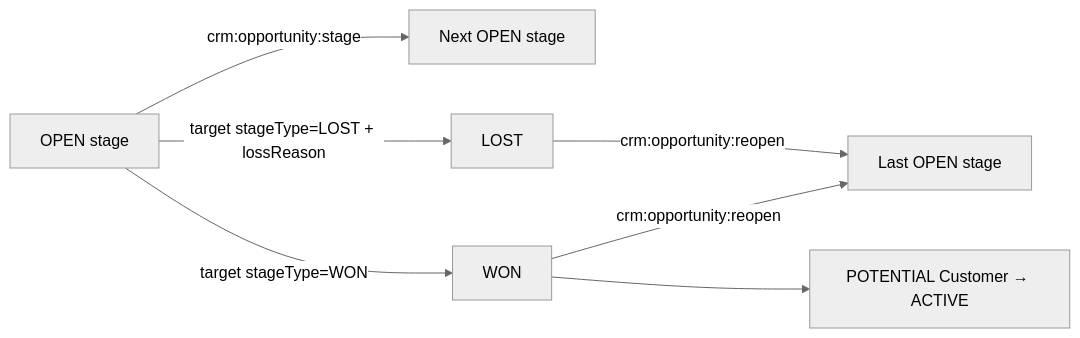
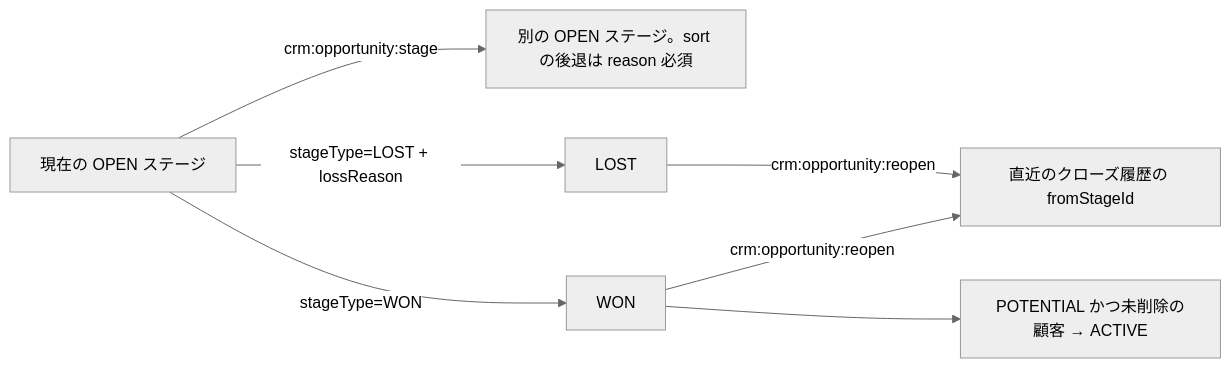
Diagram 15 of 21 in docs/core-flows.jp.md (wang-baohai/Omni-Stack), drawn with Mermaid (neutral theme) before and after one commit. The commit also changed other lines of this file and 1095 other files, not shown here.

````diff
--- a/docs/core-flows.jp.md
+++ b/docs/core-flows.jp.md
@@ -1576,9 +1301,9 @@
 ```mermaid
 flowchart LR
-    O["OPEN stage"] -->|"crm:opportunity:stage"| N["Next OPEN stage"]
-    O -->|"target stageType=WON"| W["WON"]
-    O -->|"target stageType=LOST + lossReason"| L["LOST"]
-    W -->|"crm:opportunity:reopen"| R["Last OPEN stage"]
+    O["現在の OPEN ステージ"] -->|"crm:opportunity:stage"| N["別の OPEN ステージ。sort の後退は reason 必須"]
+    O -->|"stageType=WON"| W["WON"]
+    O -->|"stageType=LOST + lossReason"| L["LOST"]
+    W -->|"crm:opportunity:reopen"| R["直近のクローズ履歴の fromStageId"]
     L -->|"crm:opportunity:reopen"| R
-    W --> C["POTENTIAL Customer → ACTIVE"]
+    W --> C["POTENTIAL かつ未削除の顧客 → ACTIVE"]
 ```
````
